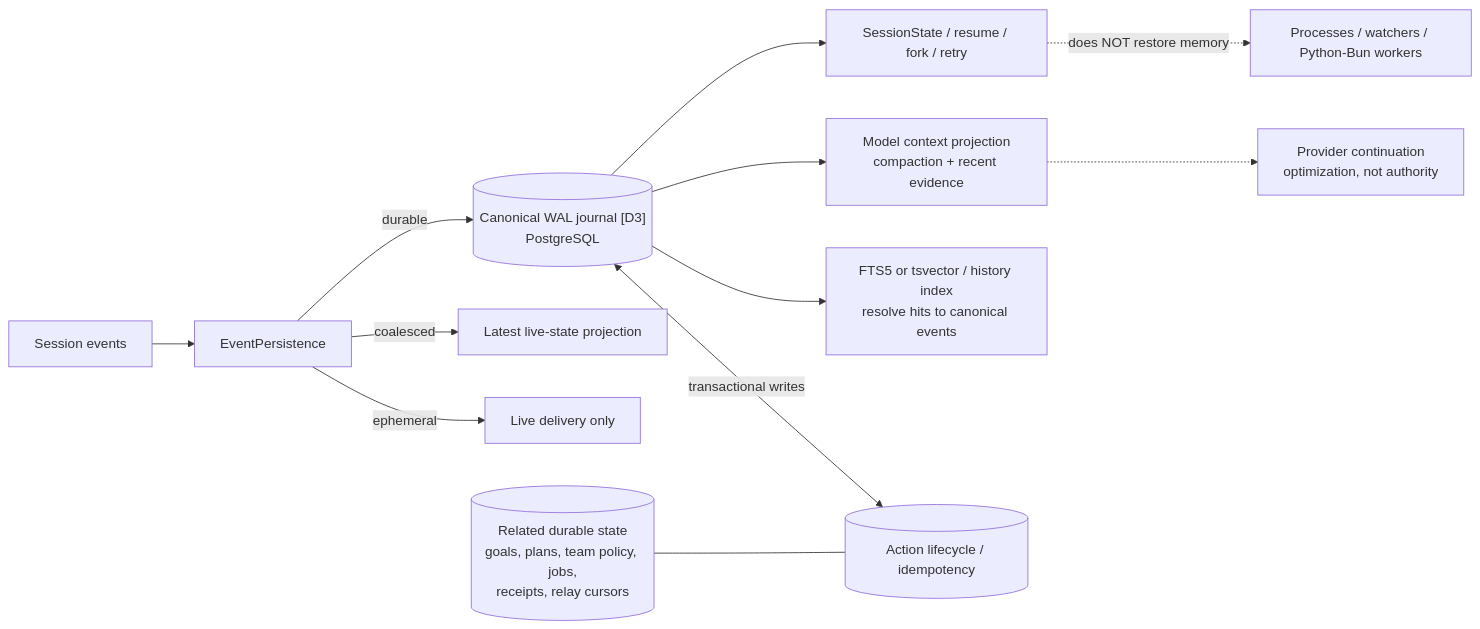
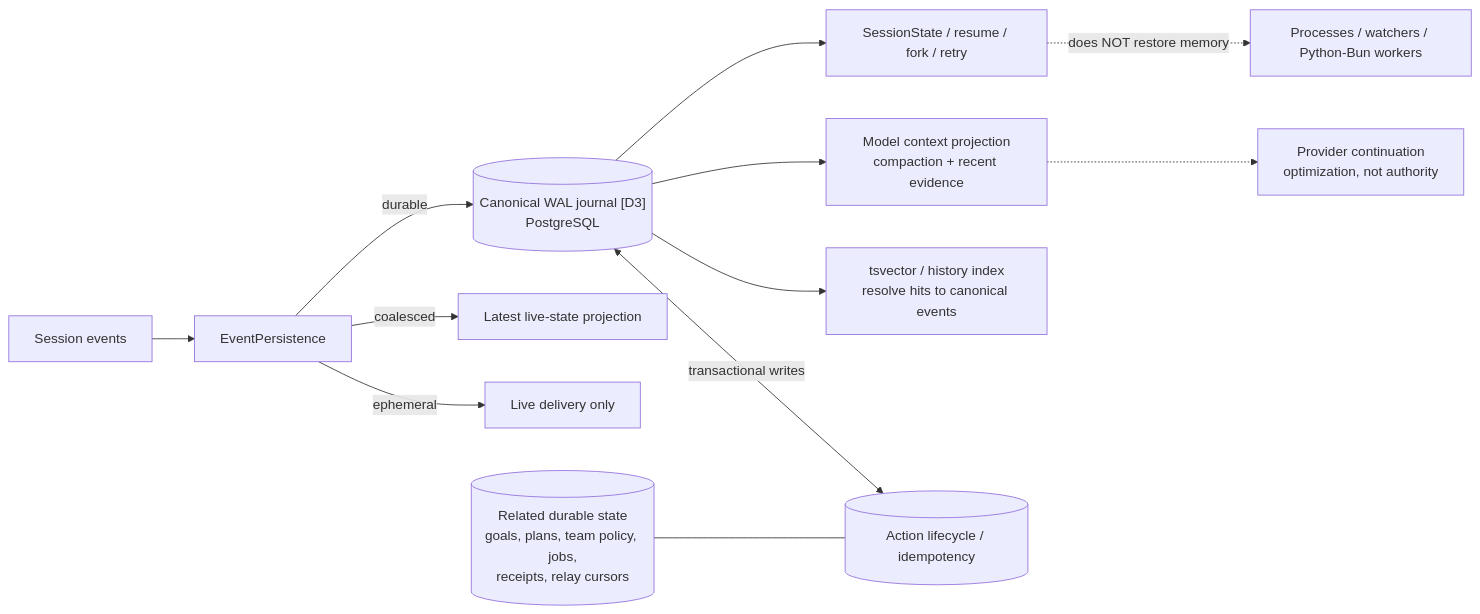
Before and after one commit to borg-ml/agent: the third of 4 diagrams in docs/architecture.md, drawn with Mermaid. The commit also changed other lines of this file and 41 other files, not shown here.

````diff
--- a/docs/architecture.md
+++ b/docs/architecture.md
@@ -101,14 +101,14 @@
 ```mermaid
 flowchart LR
     Events["Session events"] --> Classify["EventPersistence"]
     Classify -->|"durable"| Journal[("Canonical WAL journal [D3]<br/>PostgreSQL")]
     Classify -->|"coalesced"| Live["Latest live-state projection"]
     Classify -->|"ephemeral"| Stream["Live delivery only"]
     Journal --> Recovery["SessionState / resume / fork / retry"]
     Journal --> Context["Model context projection<br/>compaction + recent evidence"]
-    Journal --> Search["FTS5 or tsvector / history index<br/>resolve hits to canonical events"]
+    Journal --> Search["tsvector / history index<br/>resolve hits to canonical events"]
     Journal <-->|"transactional writes"| Actions[("Action lifecycle / idempotency")]
     Related[("Related durable state<br/>goals, plans, team policy, jobs,<br/>receipts, relay cursors")] --- Actions
     Context -.-> Cache["Provider continuation<br/>optimization, not authority"]
     Recovery -.->|"does NOT restore memory"| Workers["Processes / watchers / Python-Bun workers"]
 ```
````
